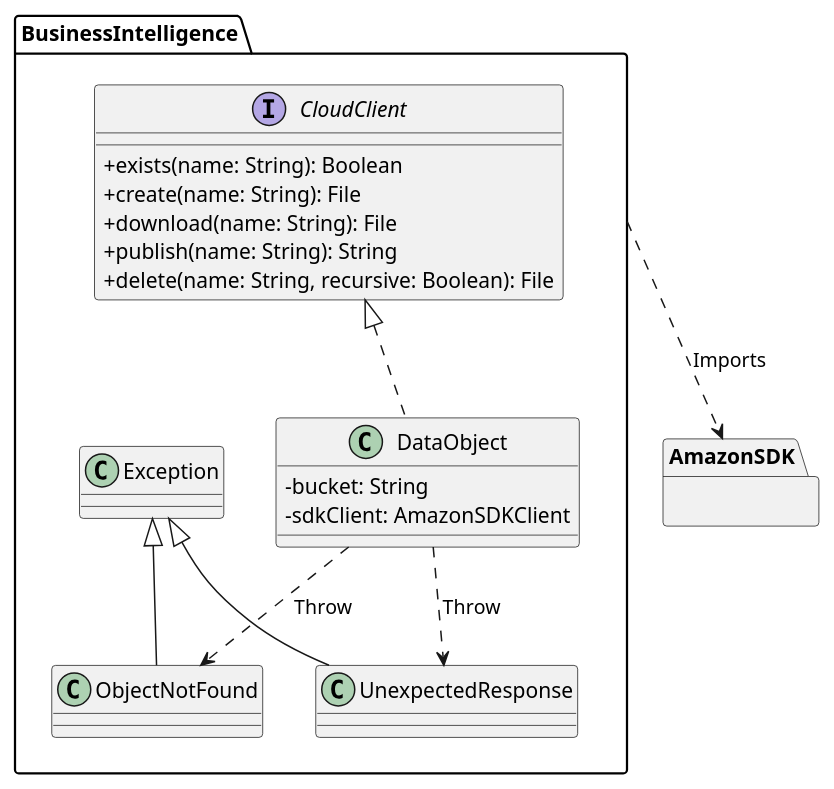
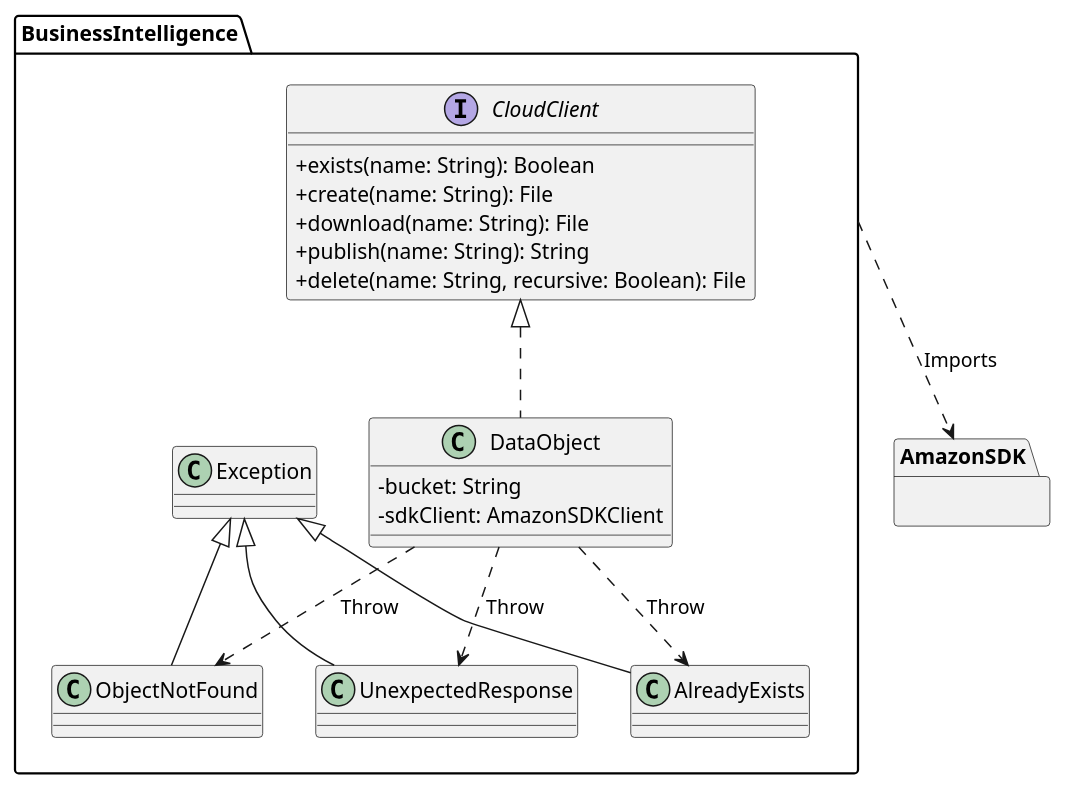
The diagram in docs/class_diagrams/data_object.puml (CPNV-ES-BI/BI_ELIXIR_AWS), drawn with PlantUML before and after one commit. The commit also changed 4 other files, not shown here.

Commit message:
Add missing exception to 'class diagram'

```diff
--- a/docs/class_diagrams/data_object.puml
+++ b/docs/class_diagrams/data_object.puml
@@ -1,34 +1,36 @@
 @startuml DataObject
 skinparam classAttributeIconSize 0
 package BusinessIntelligence {
     interface CloudClient {
      +exists(name: String): Boolean
      +create(name: String): File
      +download(name: String): File
      +publish(name: String): String
      +delete(name: String, recursive: Boolean): File
     }
 
     class DataObject {
      -bucket: String
      -sdkClient: AmazonSDKClient
     }
 
     class Exception
     class ObjectNotFound
     class UnexpectedResponse
 
     CloudClient <|.. DataObject
 
     Exception <|-- ObjectNotFound
+    Exception <|-- AlreadyExists
     Exception <|-- UnexpectedResponse
 
     DataObject ..> ObjectNotFound: Throw
+    DataObject ..> AlreadyExists: Throw
     DataObject ..> UnexpectedResponse: Throw
 }
 
 package AmazonSDK {}
 
 BusinessIntelligence ..> AmazonSDK: Imports
 
 @enduml
```
